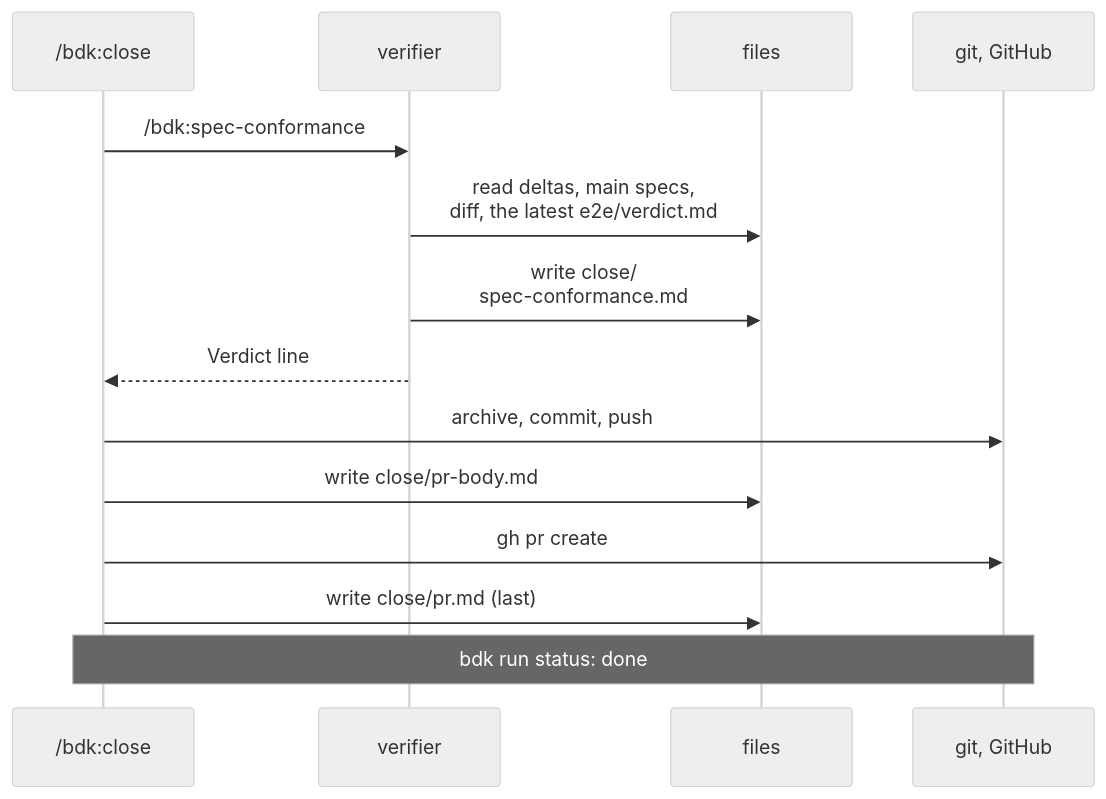
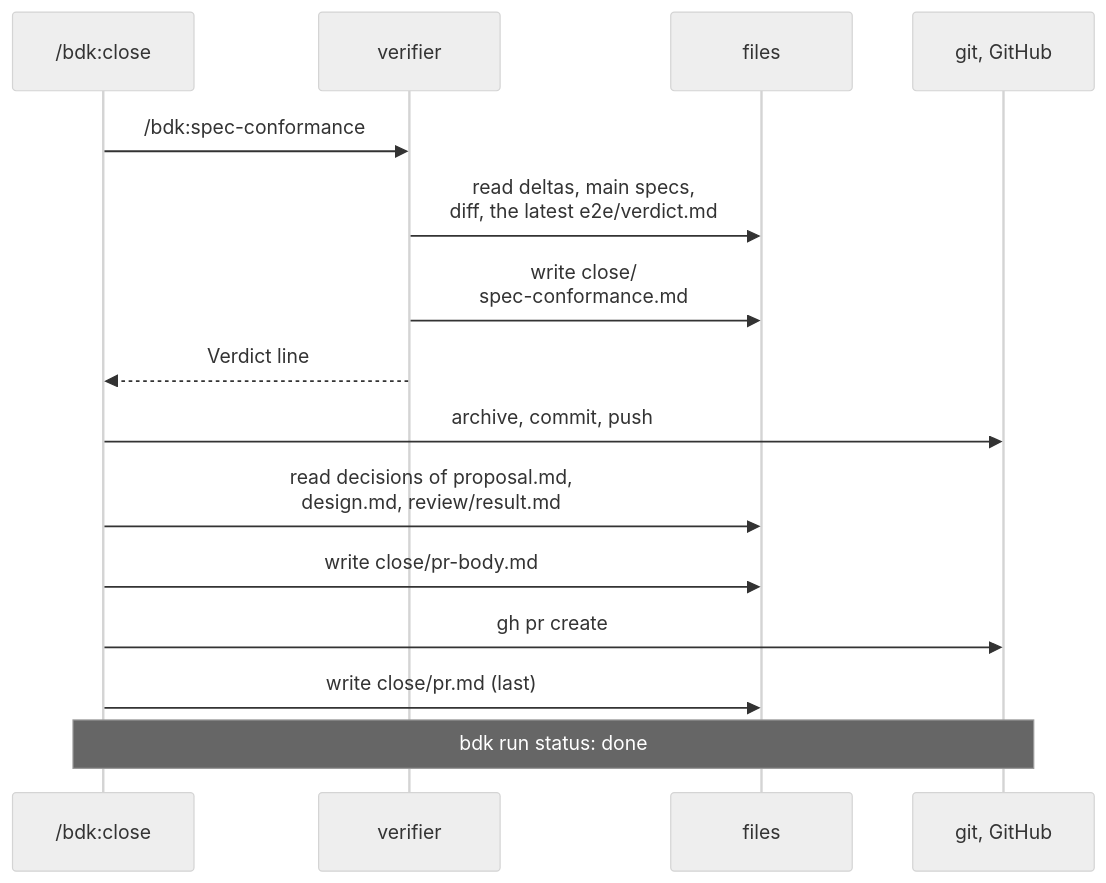
One commit to broneq/bdk changed the fourth of 5 diagrams in docs/concepts/run-state.md. Above: the diagram before and after it, drawn with Mermaid (neutral theme). The commit also changed other lines of this file and 21 other files, not shown here.

First line of the commit message:
feat(skills): name the review stage's decisions in the close PR body

````diff
--- a/docs/concepts/run-state.md
+++ b/docs/concepts/run-state.md
@@ -175,16 +175,17 @@
 ```mermaid
 sequenceDiagram
   participant CL as /bdk:close
   participant V as verifier
   participant FS as files
   participant G as git, GitHub
   CL->>V: /bdk:spec-conformance
   V->>FS: read deltas, main specs,<br/>diff, the latest e2e/verdict.md
   V->>FS: write close/<br/>spec-conformance.md
   V-->>CL: Verdict line
   CL->>G: archive, commit, push
+  CL->>FS: read decisions of proposal.md,<br/>design.md, review/result.md
   CL->>FS: write close/pr-body.md
   CL->>G: gh pr create
   CL->>FS: write close/pr.md (last)
   Note over CL,G: bdk run status: done
 ```
````
